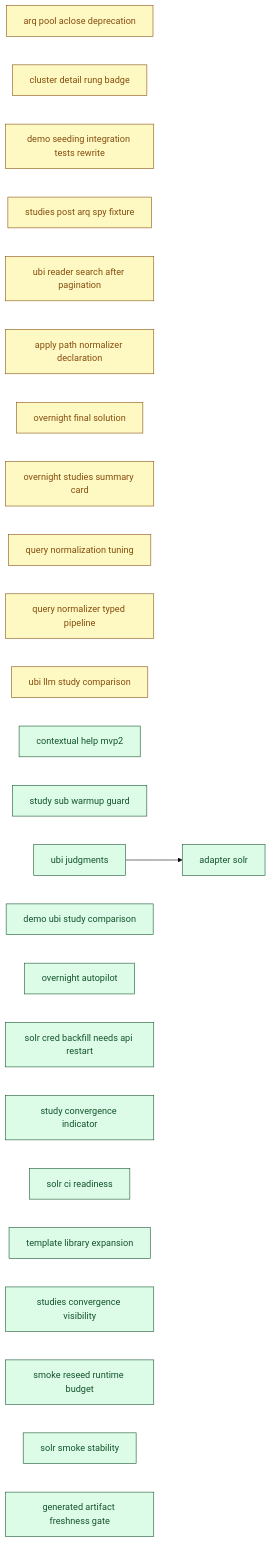
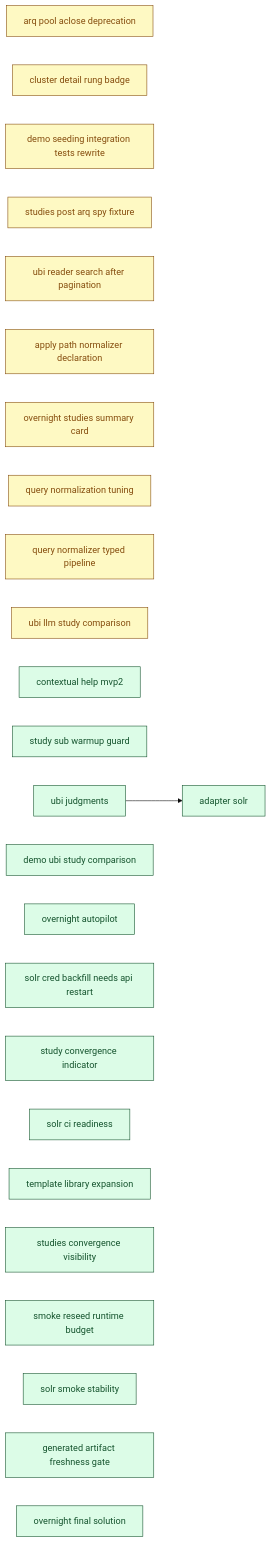
The diagram in docs/00_overview/MVP2_DASHBOARD.md (SoundMindsAI/relyloop), drawn with Mermaid (base theme) before and after one commit. The commit also changed other lines of this file and 12 other files, not shown here.

First line of the commit message:
docs(state): finalize feat_overnight_final_solution (PR #440 merged) (#441)

````diff
--- a/docs/00_overview/MVP2_DASHBOARD.md
+++ b/docs/00_overview/MVP2_DASHBOARD.md
@@ -110,59 +112,59 @@
 ```mermaid
 graph LR
   classDef done fill:#dcfce7,stroke:#14532d,color:#14532d;
   classDef implement fill:#ffedd5,stroke:#9a3412,color:#9a3412;
   classDef plan fill:#fef9c3,stroke:#854d0e,color:#854d0e;
   classDef spec fill:#dbeafe,stroke:#1e40af,color:#1e40af;
   classDef idea fill:#f1f5f9,stroke:#334155,color:#334155;
   chore_arq_pool_aclose_deprecation["arq pool aclose deprecation"]
   class chore_arq_pool_aclose_deprecation plan;
   chore_cluster_detail_rung_badge["cluster detail rung badge"]
   class chore_cluster_detail_rung_badge plan;
   chore_demo_seeding_integration_tests_rewrite["demo seeding integration tests rewrite"]
   class chore_demo_seeding_integration_tests_rewrite plan;
   chore_studies_post_arq_spy_fixture["studies post arq spy fixture"]
   class chore_studies_post_arq_spy_fixture plan;
   chore_ubi_reader_search_after_pagination["ubi reader search after pagination"]
   class chore_ubi_reader_search_after_pagination plan;
   feat_apply_path_normalizer_declaration["apply path normalizer declaration"]
   class feat_apply_path_normalizer_declaration plan;
-  feat_overnight_final_solution["overnight final solution"]
-  class feat_overnight_final_solution plan;
   feat_overnight_studies_summary_card["overnight studies summary card"]
   class feat_overnight_studies_summary_card plan;
   feat_query_normalization_tuning["query normalization tuning"]
   class feat_query_normalization_tuning plan;
   feat_query_normalizer_typed_pipeline["query normalizer typed pipeline"]
   class feat_query_normalizer_typed_pipeline plan;
   feat_ubi_llm_study_comparison["ubi llm study comparison"]
   class feat_ubi_llm_study_comparison plan;
   feat_contextual_help_mvp2["contextual help mvp2"]
   class feat_contextual_help_mvp2 done;
   feat_study_sub_warmup_guard["study sub warmup guard"]
   class feat_study_sub_warmup_guard done;
   feat_ubi_judgments["ubi judgments"]
   class feat_ubi_judgments done;
   feat_demo_ubi_study_comparison["demo ubi study comparison"]
   class feat_demo_ubi_study_comparison done;
   feat_overnight_autopilot["overnight autopilot"]
   class feat_overnight_autopilot done;
   infra_adapter_solr["adapter solr"]
   class infra_adapter_solr done;
   chore_solr_cred_backfill_needs_api_restart["solr cred backfill needs api restart"]
   class chore_solr_cred_backfill_needs_api_restart done;
   feat_study_convergence_indicator["study convergence indicator"]
   class feat_study_convergence_indicator done;
   infra_solr_ci_readiness["solr ci readiness"]
   class infra_solr_ci_readiness done;
   chore_template_library_expansion["template library expansion"]
   class chore_template_library_expansion done;
   feat_studies_convergence_visibility["studies convergence visibility"]
   class feat_studies_convergence_visibility done;
   infra_smoke_reseed_runtime_budget["smoke reseed runtime budget"]
   class infra_smoke_reseed_runtime_budget done;
   infra_solr_smoke_stability["solr smoke stability"]
   class infra_solr_smoke_stability done;
   infra_generated_artifact_freshness_gate["generated artifact freshness gate"]
   class infra_generated_artifact_freshness_gate done;
+  feat_overnight_final_solution["overnight final solution"]
+  class feat_overnight_final_solution done;
   feat_ubi_judgments --> infra_adapter_solr
 ```
````
